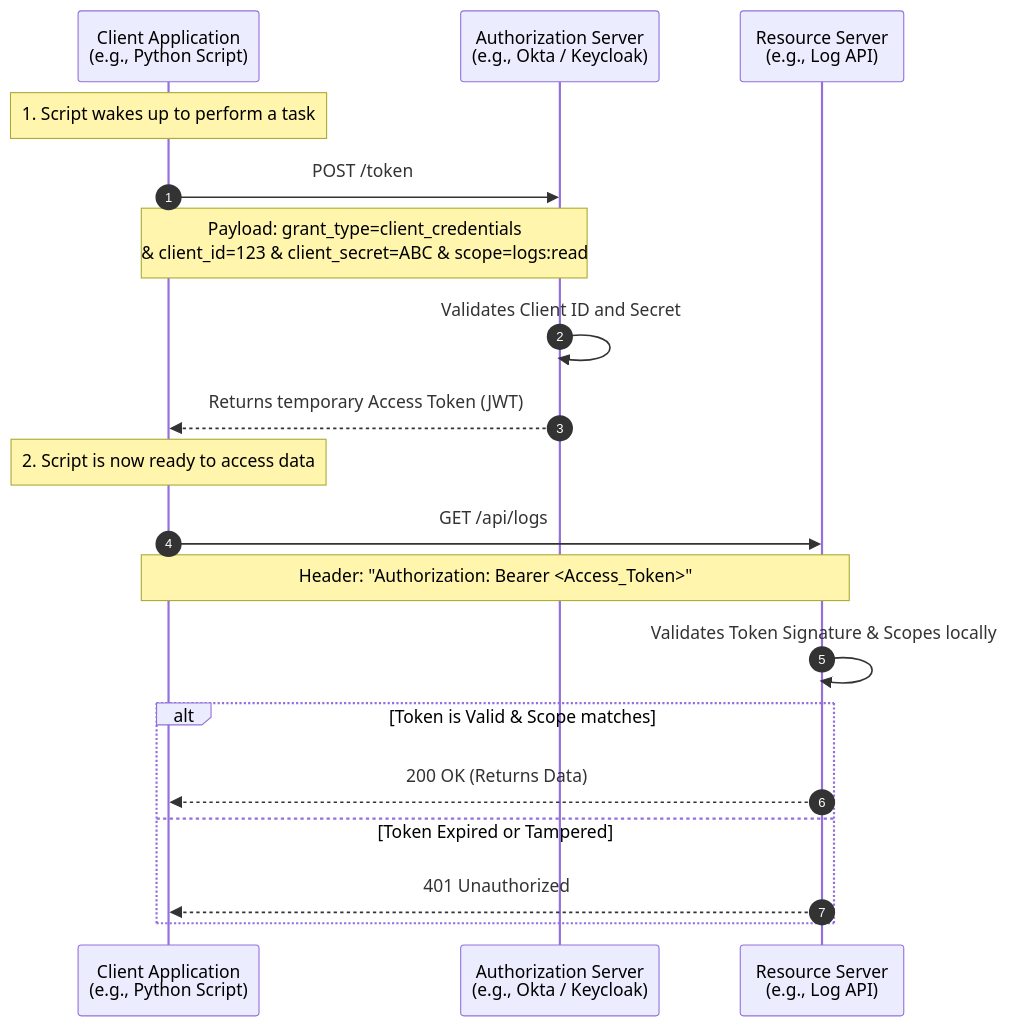
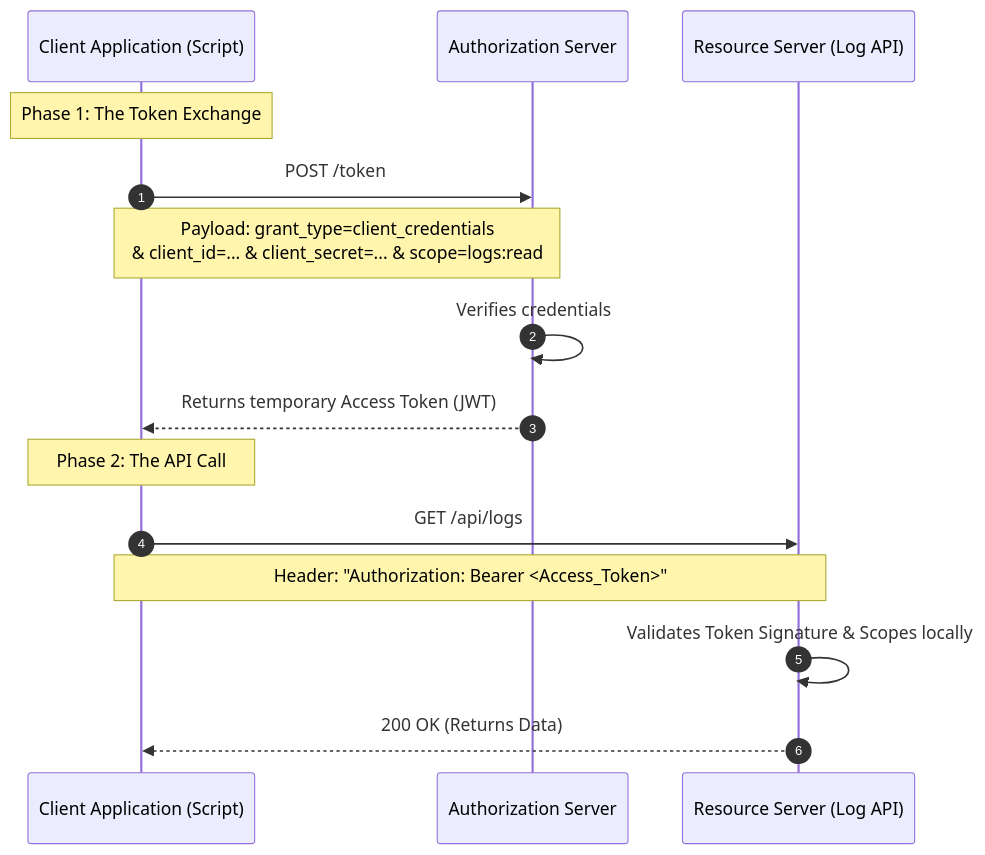
One commit to nirajp82/IdentityAccessManagement_IAM changed the second of 2 diagrams in Quiz/Day_01.md. Above: the diagram before and after it, drawn with Mermaid. The commit also changed other lines of this file, not shown here.

````diff
--- a/Quiz/Day_01.md
+++ b/Quiz/Day_01.md
@@ -91,29 +94,22 @@
 ```mermaid
 sequenceDiagram
     autonumber
-    participant Client as Client Application<br/>(e.g., Python Script)
-    participant Auth as Authorization Server<br/>(e.g., Okta / Keycloak)
-    participant API as Resource Server<br/>(e.g., Log API)
+    participant Script as Client Application (Script)
+    participant Auth as Authorization Server
+    participant API as Resource Server (Log API)
 
-    Note over Client: 1. Script wakes up to perform a task
+    Note over Script: Phase 1: The Token Exchange
+    Script->>Auth: POST /token 
+    Note over Script,Auth: Payload: grant_type=client_credentials<br/>& client_id=... & client_secret=... & scope=logs:read
     
-    Client->>Auth: POST /token 
-    Note over Client,Auth: Payload: grant_type=client_credentials<br/>& client_id=123 & client_secret=ABC & scope=logs:read
+    Auth->>Auth: Verifies credentials
+    Auth-->>Script: Returns temporary Access Token (JWT)
     
-    Auth->>Auth: Validates Client ID and Secret
-    Auth-->>Client: Returns temporary Access Token (JWT)
-    
-    Note over Client: 2. Script is now ready to access data
-    
-    Client->>API: GET /api/logs
-    Note over Client,API: Header: "Authorization: Bearer <Access_Token>"
+    Note over Script: Phase 2: The API Call
+    Script->>API: GET /api/logs
+    Note over Script,API: Header: "Authorization: Bearer <Access_Token>"
     
     API->>API: Validates Token Signature & Scopes locally
-    
-    alt Token is Valid & Scope matches
-        API-->>Client: 200 OK (Returns Data)
-    else Token Expired or Tampered
-        API-->>Client: 401 Unauthorized
-    end
+    API-->>Script: 200 OK (Returns Data)
 
 ```
````
